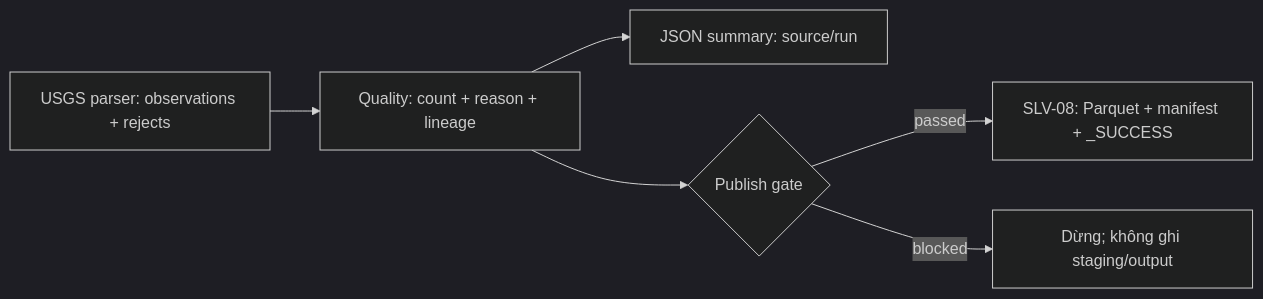
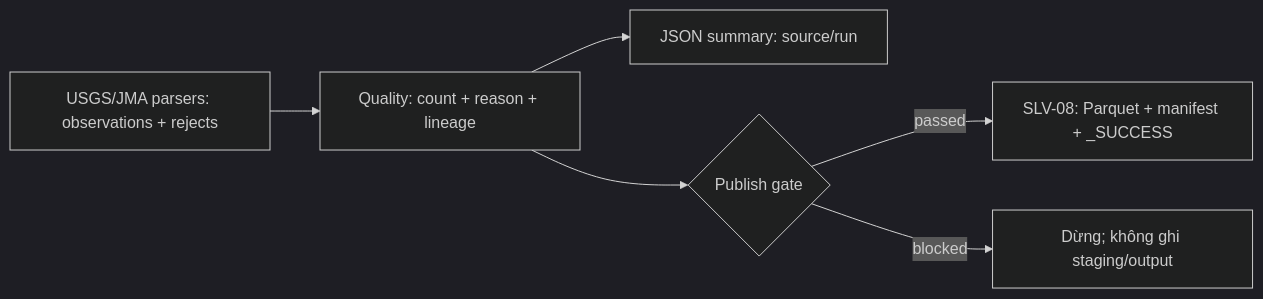
Before and after one commit to HoaiTam/japan-earthquake-etl: the diagram in docs/specs/SILVER_QUALITY_VALIDATION.md, drawn with Mermaid (dark theme). The commit also changed other lines of this file and 14 other files, not shown here.

Commit message:
feat(silver): parse JMA fixed-width observations

````diff
--- a/docs/specs/SILVER_QUALITY_VALIDATION.md
+++ b/docs/specs/SILVER_QUALITY_VALIDATION.md
@@ -22,8 +22,8 @@
 ```mermaid
 flowchart LR
-    P["USGS parser: observations + rejects"] --> Q["Quality: count + reason + lineage"]
+    P["USGS/JMA parsers: observations + rejects"] --> Q["Quality: count + reason + lineage"]
     Q --> S["JSON summary: source/run"]
     Q --> G{"Publish gate"}
     G -- "passed" --> W["SLV-08: Parquet + manifest + _SUCCESS"]
     G -- "blocked" --> F["Dừng; không ghi staging/output"]
 ```
````
